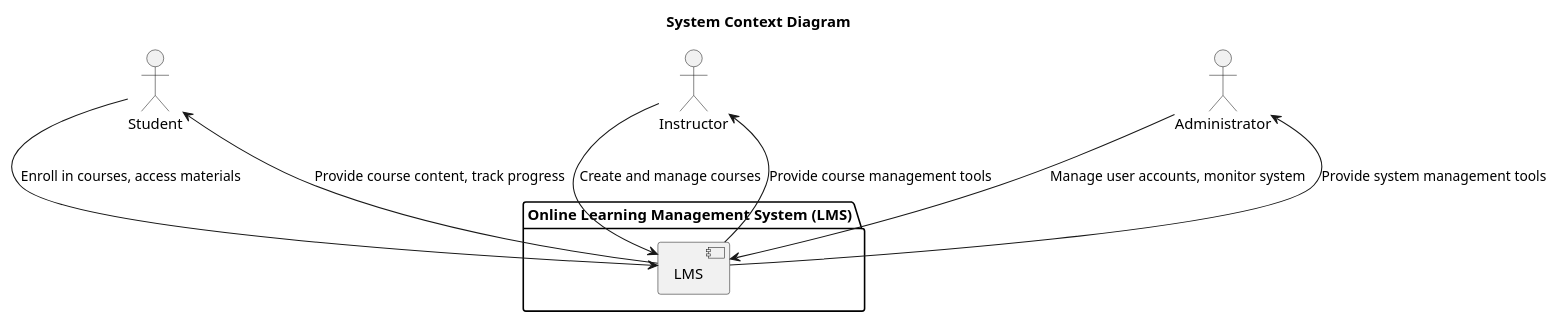
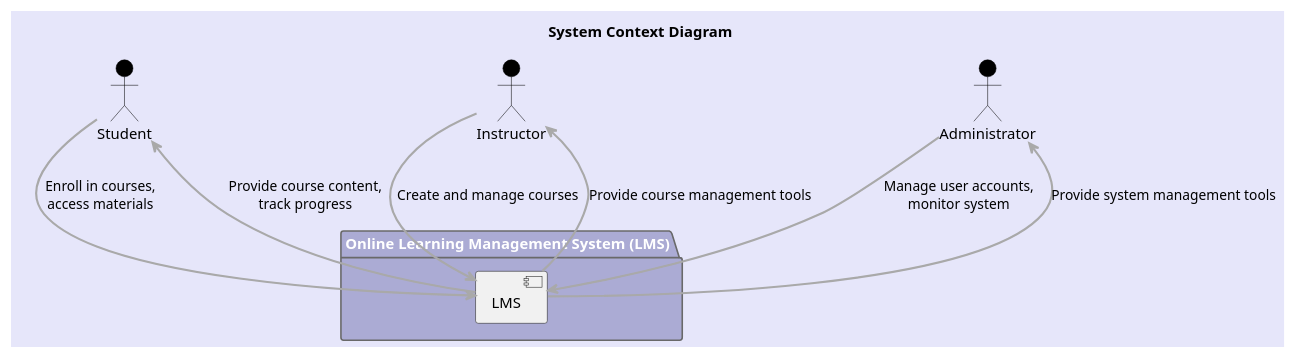
The diagram in Architecture/Context.puml (SWENGG4Y2024/SWENGG4Y2024Team07), drawn with PlantUML before and after one commit.

```diff
--- a/Architecture/Context.puml
+++ b/Architecture/Context.puml
@@ -1,20 +1,40 @@
 @startuml
 title System Context Diagram
 
-actor Student
-actor Instructor
-actor Administrator
+skinparam backgroundColor #E6E6FA
+skinparam actor {
+    BackgroundColor black
+    BorderColor black
+    FontColor black
+}
+skinparam package {
+    BackgroundColor #ABABD4
+    BorderColor #696969
+    FontColor white
+}
+skinparam rectangle {
+    BackgroundColor #ABABD4
+    BorderColor #696969
+    FontColor white
+}
+skinparam Arrow {
+    Color #A9A9A9
+    Thickness 2
+}
+
+actor Student as s
+actor Instructor as i
+actor Administrator as a
 
 package "Online Learning Management System (LMS)" {
     [LMS] as System
 }
 
-Student --> System : Enroll in courses, access materials
-Instructor --> System : Create and manage courses
-Administrator --> System : Manage user accounts, monitor system
+s --> System : Enroll in courses,\naccess materials
+i --> System : Create and manage courses
+a --> System : Manage user accounts,\nmonitor system
 
-System --> Student : Provide course content, track progress
-System --> Instructor : Provide course management tools
-System --> Administrator : Provide system management tools
-
+System --> s : Provide course content,\ntrack progress
+System --> i : Provide course management tools
+System --> a : Provide system management tools
 @enduml
```
